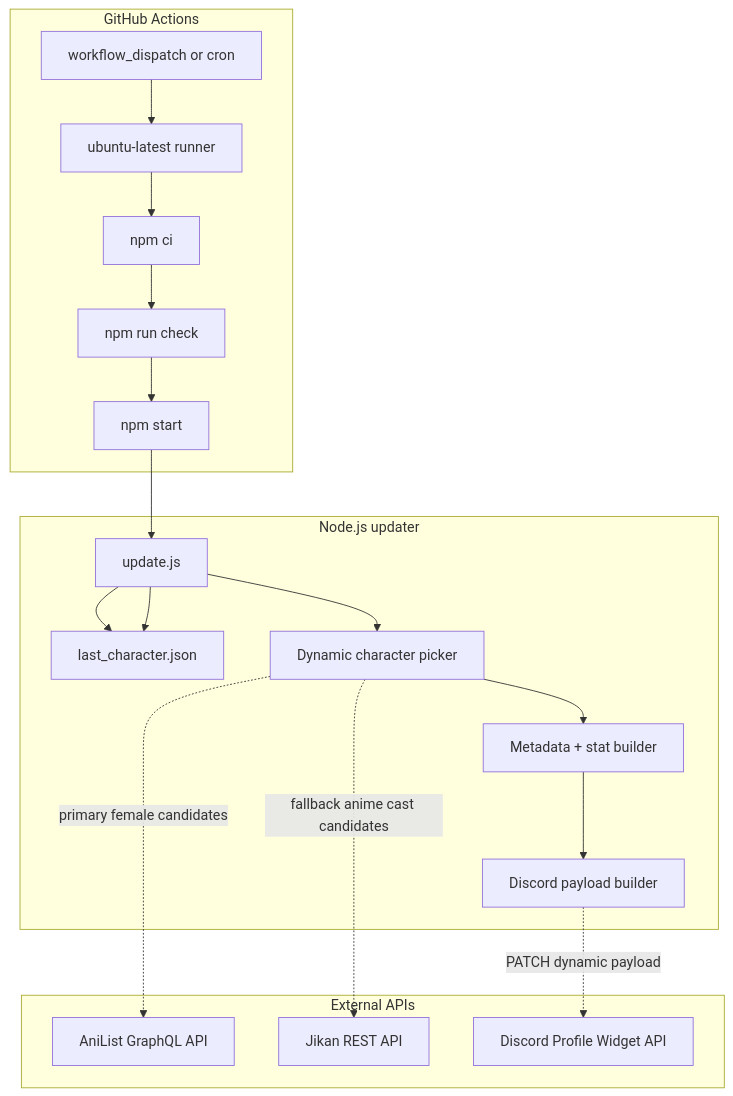
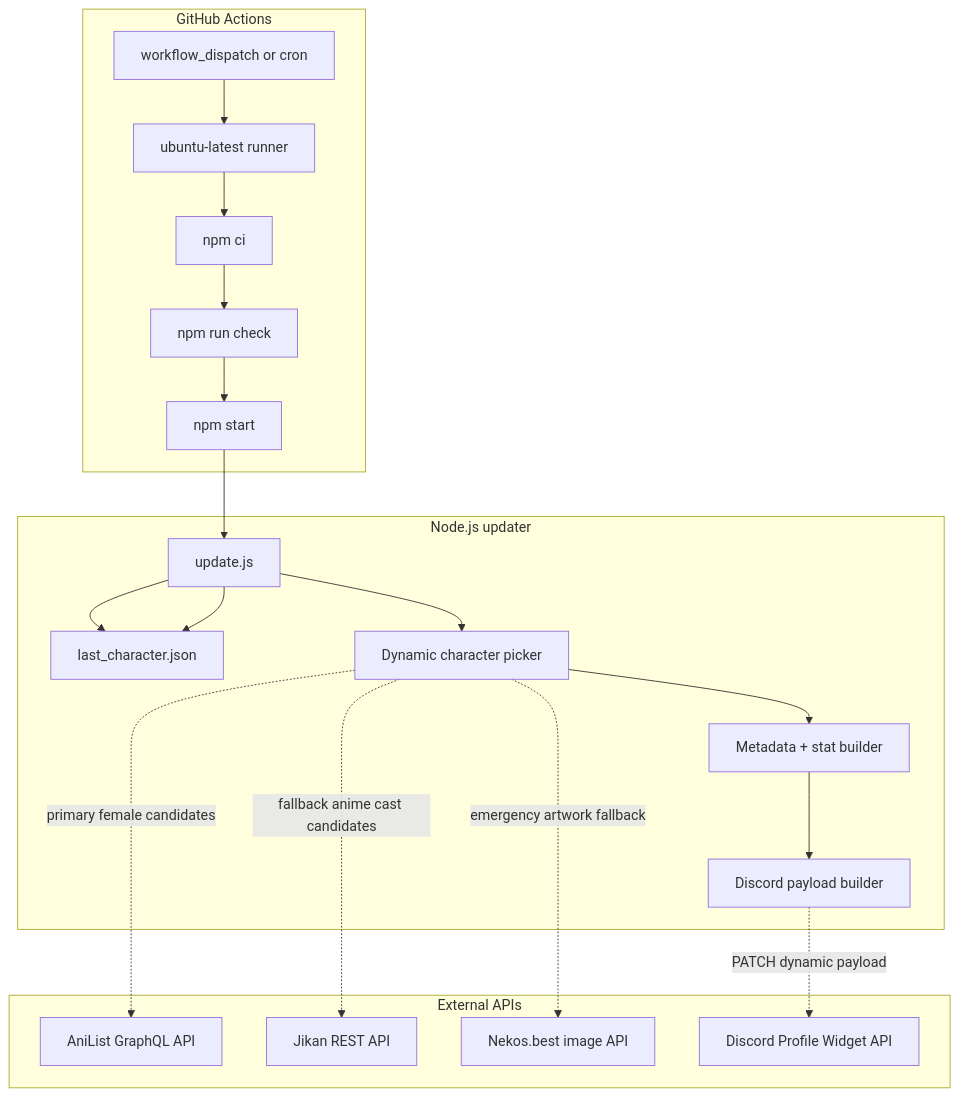
The first of 3 diagrams in docs/ARCHITECTURE.md (MeYashverma/discord-waifu-widget), drawn with Mermaid before and after one commit. The commit also changed other lines of this file and 8 other files, not shown here.

````diff
--- a/docs/ARCHITECTURE.md
+++ b/docs/ARCHITECTURE.md
@@ -9,34 +9,36 @@
 ```mermaid
 flowchart TB
     subgraph GitHub[GitHub Actions]
         TRIGGER[workflow_dispatch or cron]
         RUNNER[ubuntu-latest runner]
         INSTALL[npm ci]
         CHECK[npm run check]
         START[npm start]
     end
 
     subgraph App[Node.js updater]
         SCRIPT[update.js]
         MEMORY[last_character.json]
         PICK[Dynamic character picker]
         META[Metadata + stat builder]
         PAYLOAD[Discord payload builder]
     end
 
     subgraph APIs[External APIs]
         ANILIST[AniList GraphQL API]
         JIKAN[Jikan REST API]
+        NEKOS[Nekos.best image API]
         DISCORD[Discord Profile Widget API]
     end
 
     TRIGGER --> RUNNER --> INSTALL --> CHECK --> START
     START --> SCRIPT
     SCRIPT --> MEMORY
     SCRIPT --> PICK
     PICK -. primary female candidates .-> ANILIST
     PICK -. fallback anime cast candidates .-> JIKAN
+    PICK -. emergency artwork fallback .-> NEKOS
     PICK --> META --> PAYLOAD
     PAYLOAD -. PATCH dynamic payload .-> DISCORD
     SCRIPT --> MEMORY
 ```
````
